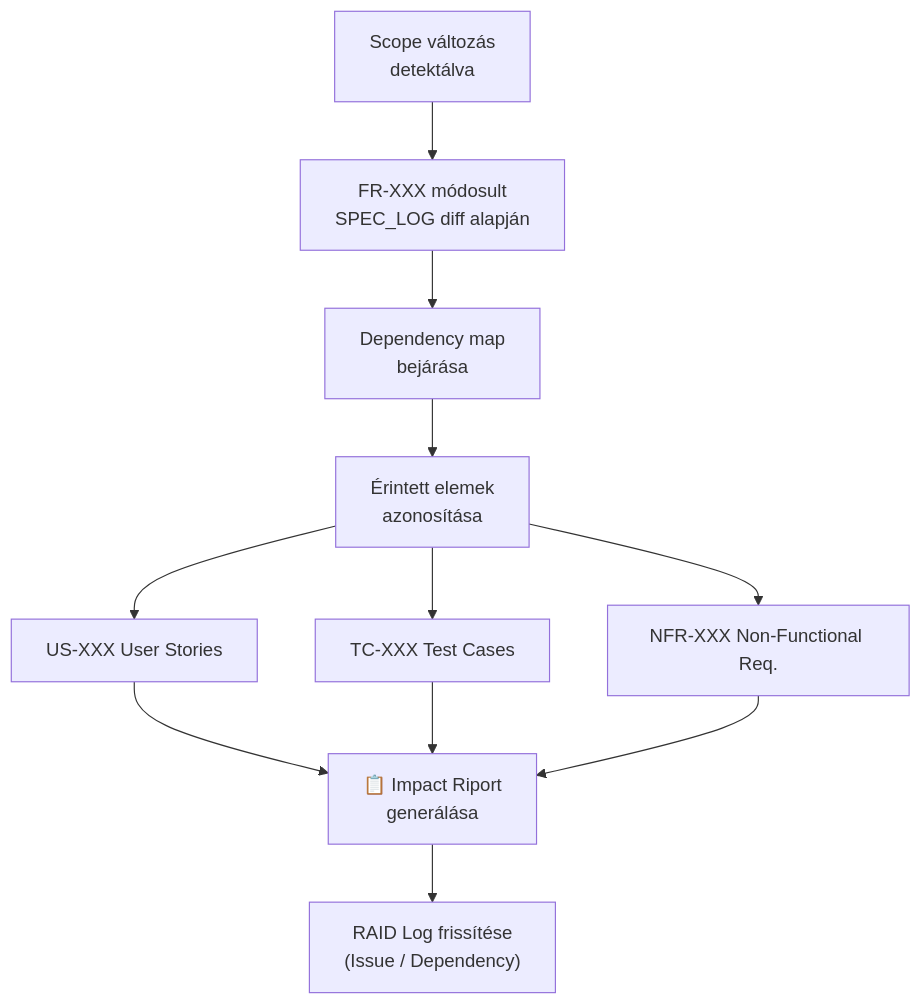
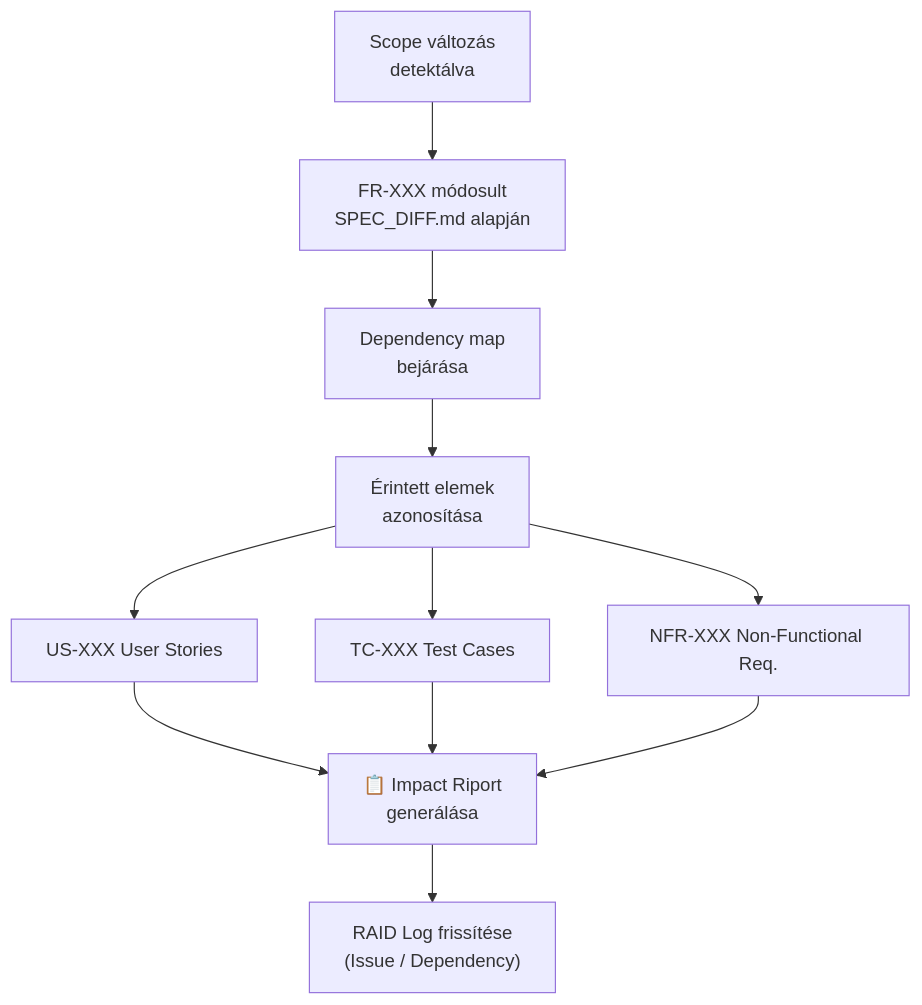
Before and after one commit to exphoenee/ba-team-docs: the fifth of 6 diagrams in page/improvements.md, drawn with Mermaid. The commit also changed other lines of this file, not shown here.

````diff
--- a/page/improvements.md
+++ b/page/improvements.md
@@ -123,11 +146,11 @@
 ```mermaid
 flowchart TD
-    A["Scope változás\ndetektálva"] --> B["FR-XXX módosult\nSPEC_LOG diff alapján"]
+    A["Scope változás\ndetektálva"] --> B["FR-XXX módosult\nSPEC_DIFF.md alapján"]
     B --> C["Dependency map\nbejárása"]
     C --> D["Érintett elemek\nazonosítása"]
     D --> E["US-XXX User Stories"]
     D --> F["TC-XXX Test Cases"]
     D --> G["NFR-XXX Non-Functional Req."]
     E & F & G --> H["📋 Impact Riport\ngenerálása"]
     H --> I["RAID Log frissítése\n(Issue / Dependency)"]
 ```
````
